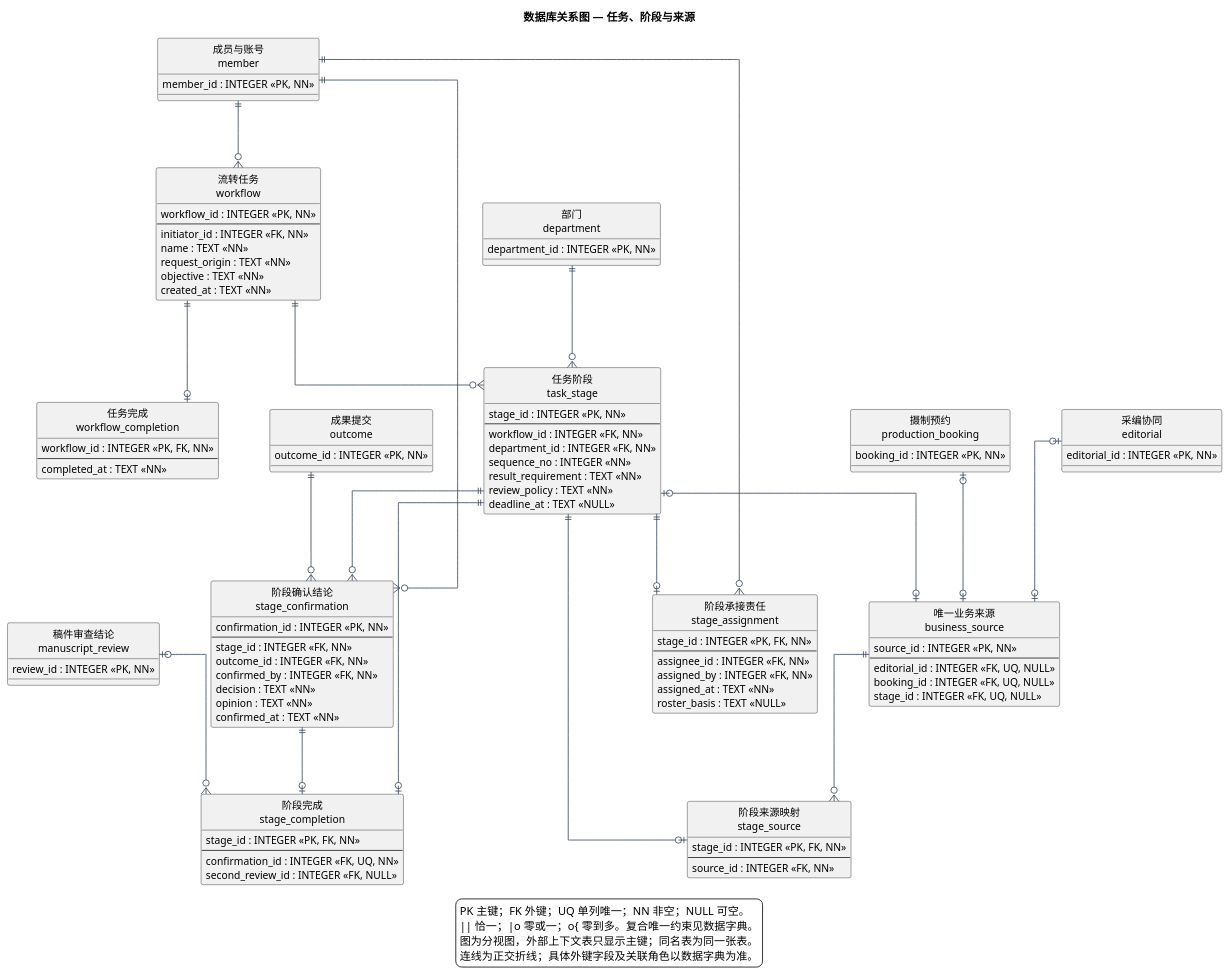
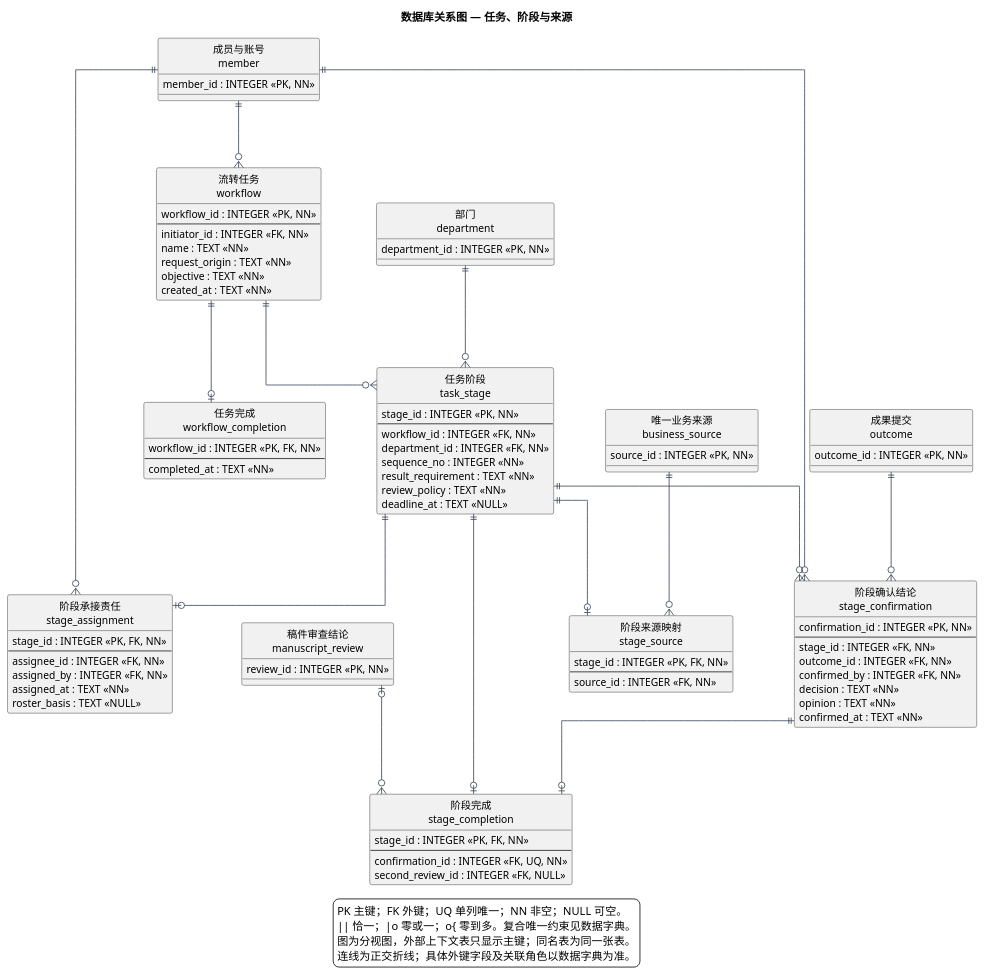
The diagram in docs/diagrams/database/db-workflow.puml (tccc1csu/miniprogram-csu), drawn with PlantUML before and after one commit. The commit also changed 35 other files, not shown here.

```diff
--- a/docs/diagrams/database/db-workflow.puml
+++ b/docs/diagrams/database/db-workflow.puml
@@ -1,115 +1,102 @@
 @startuml
 title 数据库关系图 — 任务、阶段与来源
 skinparam defaultFontName Microsoft YaHei
 skinparam defaultFontSize 13
 skinparam shadowing false
 skinparam backgroundColor white
 skinparam linetype ortho
 skinparam nodesep 65
 skinparam ranksep 85
 skinparam entityBackgroundColor #F5FAFF
 skinparam entityBorderColor #46637F
 skinparam ArrowColor #334155
 hide circle
 entity "流转任务\nworkflow" as workflow {
   workflow_id : INTEGER <<PK, NN>>
   --
   initiator_id : INTEGER <<FK, NN>>
   name : TEXT <<NN>>
   request_origin : TEXT <<NN>>
   objective : TEXT <<NN>>
   created_at : TEXT <<NN>>
 }
 entity "任务阶段\ntask_stage" as task_stage {
   stage_id : INTEGER <<PK, NN>>
   --
   workflow_id : INTEGER <<FK, NN>>
   department_id : INTEGER <<FK, NN>>
   sequence_no : INTEGER <<NN>>
   result_requirement : TEXT <<NN>>
   review_policy : TEXT <<NN>>
   deadline_at : TEXT <<NULL>>
 }
 entity "阶段承接责任\nstage_assignment" as stage_assignment {
   stage_id : INTEGER <<PK, FK, NN>>
   --
   assignee_id : INTEGER <<FK, NN>>
   assigned_by : INTEGER <<FK, NN>>
   assigned_at : TEXT <<NN>>
   roster_basis : TEXT <<NULL>>
 }
-entity "唯一业务来源\nbusiness_source" as business_source {
-  source_id : INTEGER <<PK, NN>>
-  --
-  editorial_id : INTEGER <<FK, UQ, NULL>>
-  booking_id : INTEGER <<FK, UQ, NULL>>
-  stage_id : INTEGER <<FK, UQ, NULL>>
-}
 entity "阶段来源映射\nstage_source" as stage_source {
   stage_id : INTEGER <<PK, FK, NN>>
   --
   source_id : INTEGER <<FK, NN>>
 }
 entity "阶段确认结论\nstage_confirmation" as stage_confirmation {
   confirmation_id : INTEGER <<PK, NN>>
   --
   stage_id : INTEGER <<FK, NN>>
   outcome_id : INTEGER <<FK, NN>>
   confirmed_by : INTEGER <<FK, NN>>
   decision : TEXT <<NN>>
   opinion : TEXT <<NN>>
   confirmed_at : TEXT <<NN>>
 }
 entity "阶段完成\nstage_completion" as stage_completion {
   stage_id : INTEGER <<PK, FK, NN>>
   --
   confirmation_id : INTEGER <<FK, UQ, NN>>
   second_review_id : INTEGER <<FK, NULL>>
 }
 entity "任务完成\nworkflow_completion" as workflow_completion {
   workflow_id : INTEGER <<PK, FK, NN>>
   --
   completed_at : TEXT <<NN>>
 }
+entity "唯一业务来源\nbusiness_source" as business_source {
+  source_id : INTEGER <<PK, NN>>
+}
 entity "部门\ndepartment" as department {
   department_id : INTEGER <<PK, NN>>
-}
-entity "采编协同\neditorial" as editorial {
-  editorial_id : INTEGER <<PK, NN>>
 }
 entity "稿件审查结论\nmanuscript_review" as manuscript_review {
   review_id : INTEGER <<PK, NN>>
 }
 entity "成员与账号\nmember" as member {
   member_id : INTEGER <<PK, NN>>
 }
 entity "成果提交\noutcome" as outcome {
   outcome_id : INTEGER <<PK, NN>>
 }
-entity "摄制预约\nproduction_booking" as production_booking {
-  booking_id : INTEGER <<PK, NN>>
-}
 member ||--o{ workflow
 department ||--o{ task_stage
 workflow ||--o{ task_stage
 member ||--o{ stage_assignment
 task_stage ||--o| stage_assignment
-task_stage |o--o| business_source
-production_booking |o--o| business_source
-editorial |o--o| business_source
 business_source ||--o{ stage_source
 task_stage ||--o| stage_source
 member ||--o{ stage_confirmation
 outcome ||--o{ stage_confirmation
 task_stage ||--o{ stage_confirmation
 manuscript_review |o--o{ stage_completion
 stage_confirmation ||--o| stage_completion
 task_stage ||--o| stage_completion
 workflow ||--o| workflow_completion
 legend bottom
   PK 主键；FK 外键；UQ 单列唯一；NN 非空；NULL 可空。
   || 恰一；|o 零或一；o{ 零到多。复合唯一约束见数据字典。
   图为分视图，外部上下文表只显示主键；同名表为同一张表。
   连线为正交折线；具体外键字段及关联角色以数据字典为准。
 endlegend
 @enduml
```
